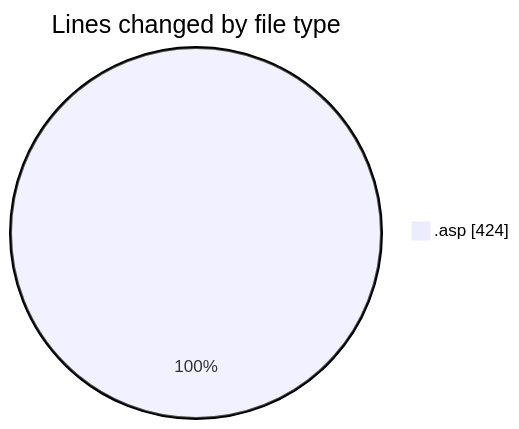
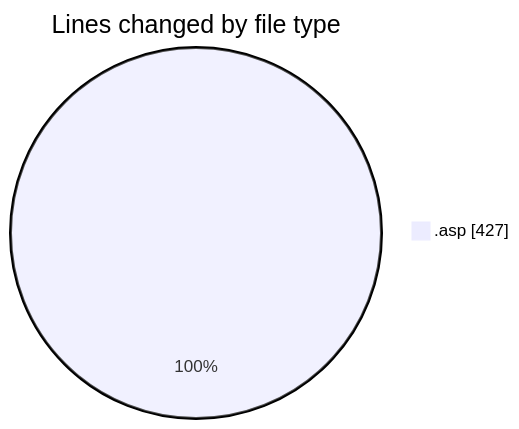
One commit to julien-gomy/code-tracking changed the first of 2 diagrams in 2025-11-15/cdp_aleoudev_fr__workspace_/README.md. Above: the diagram before and after it, drawn with Mermaid. The commit also changed other lines of this file and 1 other file, not shown here.

````diff
--- a/2025-11-15/cdp_aleoudev_fr__workspace_/README.md
+++ b/2025-11-15/cdp_aleoudev_fr__workspace_/README.md
@@ -24,5 +24,5 @@
 ```mermaid
 pie showData
 title Lines changed by file type
-".asp" : 424
+".asp" : 427
 ```
````
